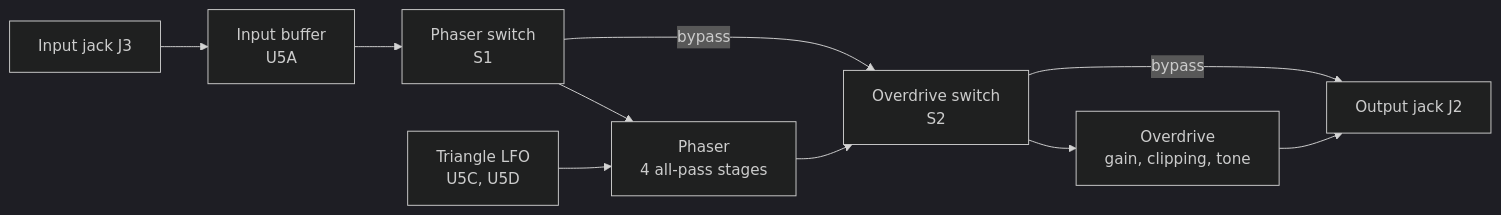
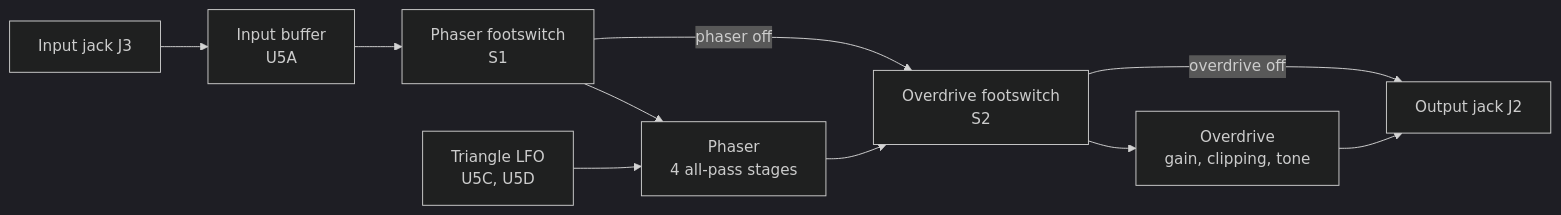
Before and after one commit to OscarBazylewich/Phaser_and_Overdrive_Custom_Guitar_Pedal: the diagram in README.md, drawn with Mermaid (dark theme). The commit also changed other lines of this file, not shown here.

````diff
--- a/README.md
+++ b/README.md
@@ -29,12 +32,12 @@
 ```mermaid
 flowchart LR
     IN["Input jack J3"] --> BUF["Input buffer<br/>U5A"]
-    BUF --> S1["Phaser switch<br/>S1"]
+    BUF --> S1["Phaser footswitch<br/>S1"]
     S1 --> PH["Phaser<br/>4 all-pass stages"]
-    S1 -- "bypass" --> S2["Overdrive switch<br/>S2"]
+    S1 -- "phaser off" --> S2["Overdrive footswitch<br/>S2"]
     PH --> S2
     S2 --> OD["Overdrive<br/>gain, clipping, tone"]
-    S2 -- "bypass" --> OUT["Output jack J2"]
+    S2 -- "overdrive off" --> OUT["Output jack J2"]
     OD --> OUT
     LFO["Triangle LFO<br/>U5C, U5D"] --> PH
 ```
````
